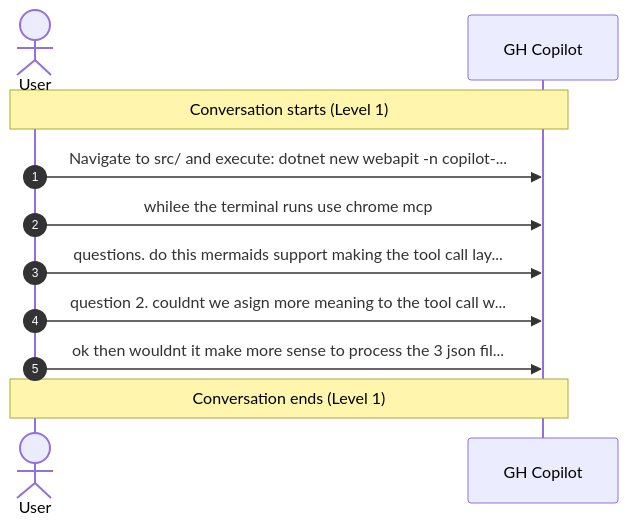
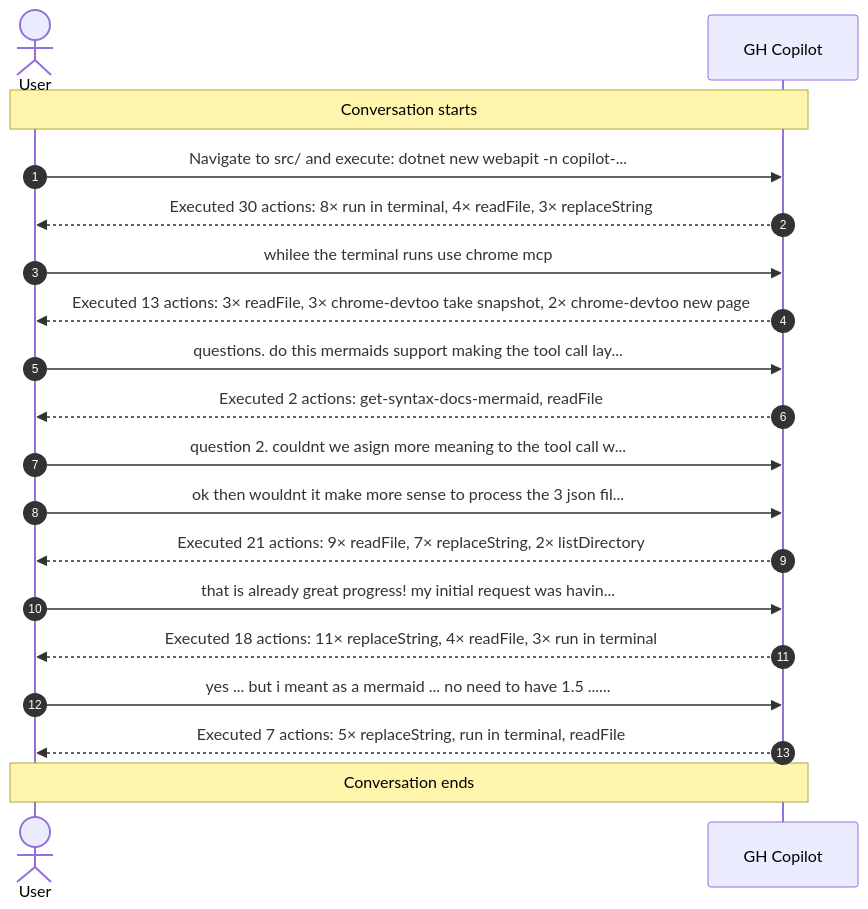
The diagram in .copilot-metadata/conv-3e9cac0d-f20b-4a3b-9804-ca2c2a7bf7fc-level1.md (alexander-kastil/github-copilot), drawn with Mermaid before and after one commit. The commit also changed other lines of this file and 8 other files, not shown here.

First line of the commit message:
feat: Enhance conversation visualization with action summaries and new level

````diff
--- a/.copilot-metadata/conv-3e9cac0d-f20b-4a3b-9804-ca2c2a7bf7fc-level1.md
+++ b/.copilot-metadata/conv-3e9cac0d-f20b-4a3b-9804-ca2c2a7bf7fc-level1.md
@@ -9,20 +8,24 @@
 ```mermaid
 sequenceDiagram
     autonumber
     actor User as User
     participant Bot as GH Copilot
 
-    Note over User,Bot: Conversation starts (Level 1)
+    Note over User,Bot: Conversation starts
 
     User->>Bot: Navigate to src/ and execute: dotnet new webapit -n copilot-...
+    Bot-->>User: Executed 30 actions: 8× run in terminal, 4× readFile, 3× replaceString
+    User->>Bot: whilee the terminal runs use chrome mcp
+    Bot-->>User: Executed 13 actions: 3× readFile, 3× chrome-devtoo take snapshot, 2× chrome-devtoo new page
+    User->>Bot: questions. do this mermaids support making the tool call lay...
+    Bot-->>User: Executed 2 actions: get-syntax-docs-mermaid, readFile
+    User->>Bot: question 2. couldnt we asign more meaning to the tool call w...
+    User->>Bot: ok then wouldnt it make more sense to process the 3 json fil...
+    Bot-->>User: Executed 21 actions: 9× readFile, 7× replaceString, 2× listDirectory
+    User->>Bot: that is already great progress! my initial request was havin...
+    Bot-->>User: Executed 18 actions: 11× replaceString, 4× readFile, 3× run in terminal
+    User->>Bot: yes ... but i meant as a mermaid ... no need to have 1.5 ......
+    Bot-->>User: Executed 7 actions: 5× replaceString, run in terminal, readFile
 
-    User->>Bot: whilee the terminal runs use chrome mcp
-
-    User->>Bot: questions. do this mermaids support making the tool call lay...
-
-    User->>Bot: question 2. couldnt we asign more meaning to the tool call w...
-
-    User->>Bot: ok then wouldnt it make more sense to process the 3 json fil...
-
-    Note over User,Bot: Conversation ends (Level 1)
+    Note over User,Bot: Conversation ends
 ```
````
